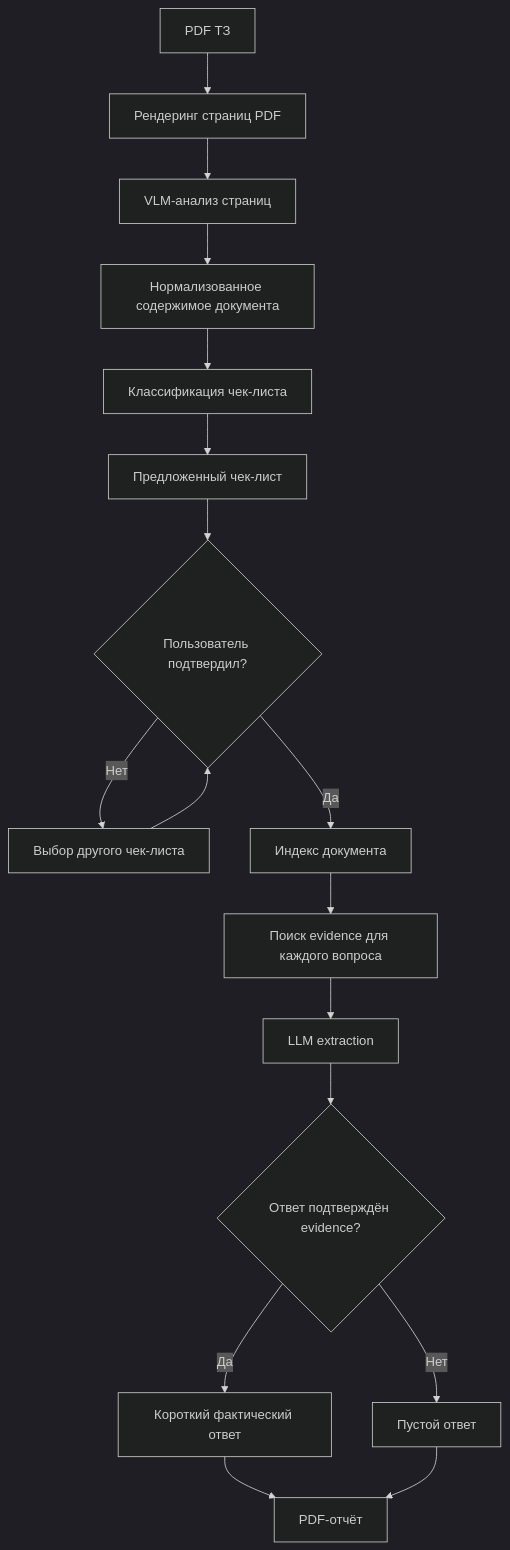
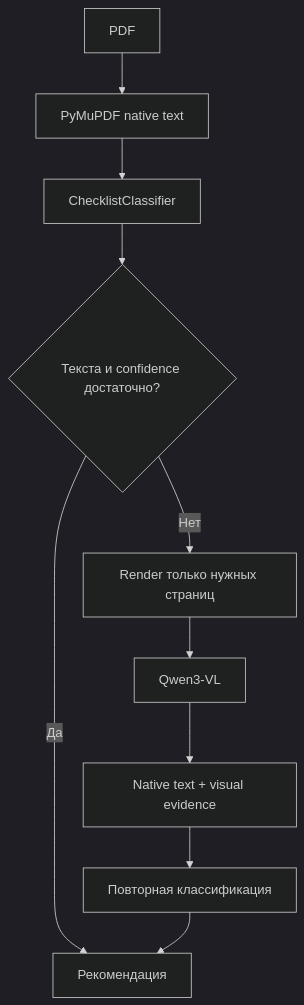
Before and after one commit to Amadu-A/tz-checklist-ai: the first of 2 diagrams in Readme.md, drawn with Mermaid (dark theme). The commit also changed other lines of this file and 47 other files, not shown here.

````diff
--- a/Readme.md
+++ b/Readme.md
@@ -53,19 +55,12 @@
 ```mermaid
 flowchart TD
-    A[PDF ТЗ] --> B[Рендеринг страниц PDF]
-    B --> C[VLM-анализ страниц]
-    C --> D[Нормализованное содержимое документа]
-    D --> E[Классификация чек-листа]
-    E --> F[Предложенный чек-лист]
-    F --> G{Пользователь подтвердил?}
-    G -- Нет --> H[Выбор другого чек-листа]
-    H --> G
-    G -- Да --> I[Индекс документа]
-    I --> J[Поиск evidence для каждого вопроса]
-    J --> K[LLM extraction]
-    K --> L{Ответ подтверждён evidence?}
-    L -- Да --> M[Короткий фактический ответ]
-    L -- Нет --> N[Пустой ответ]
-    M --> O[PDF-отчёт]
-    N --> O
+    PDF[PDF] --> TEXT[PyMuPDF native text]
+    TEXT --> CLASS[ChecklistClassifier]
+    CLASS --> OK{Текста и confidence достаточно?}
+    OK -- Да --> RESULT[Рекомендация]
+    OK -- Нет --> RENDER[Render только нужных страниц]
+    RENDER --> VLM[Qwen3-VL]
+    VLM --> MERGE[Native text + visual evidence]
+    MERGE --> CLASS2[Повторная классификация]
+    CLASS2 --> RESULT
 ```
````
